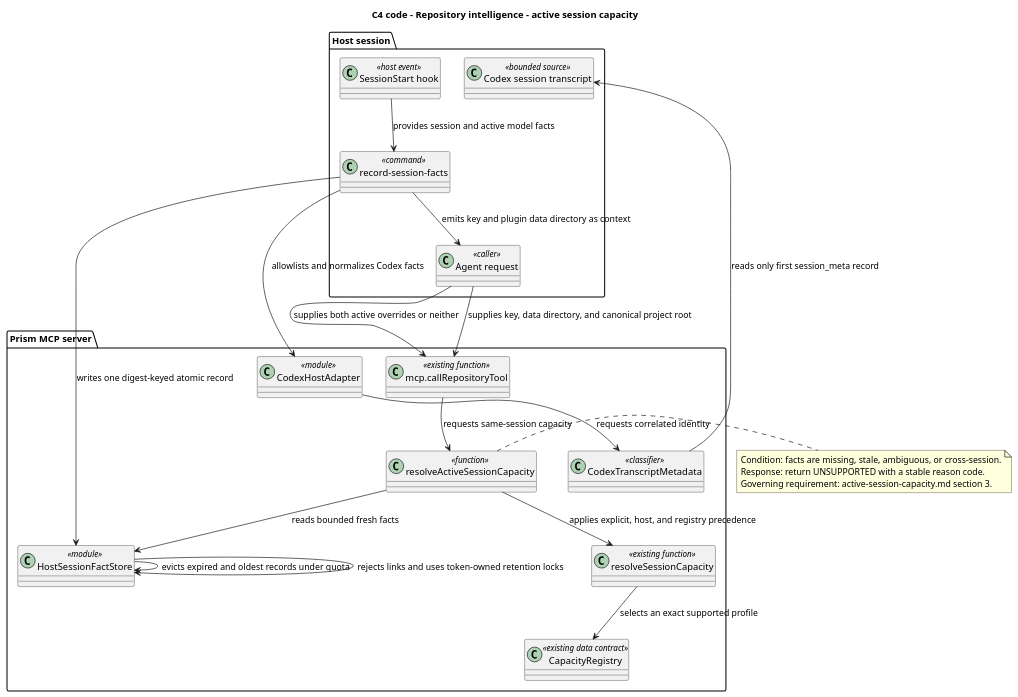
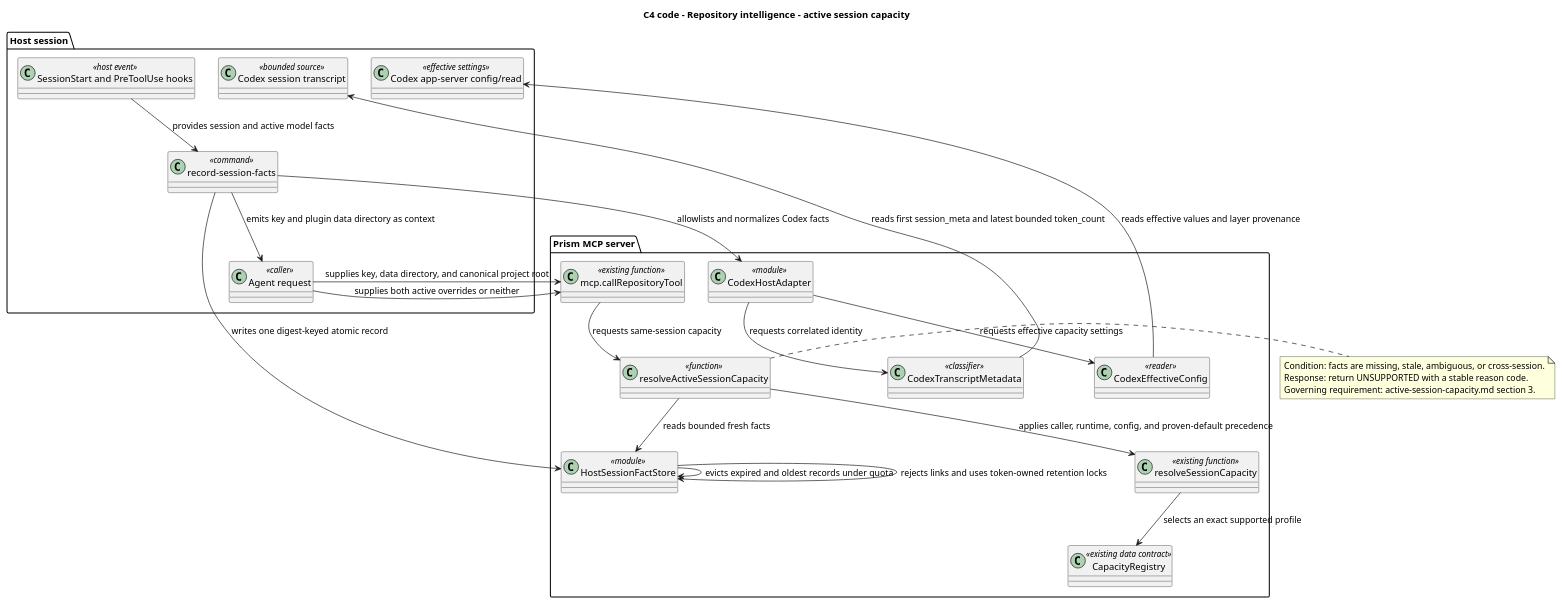
One commit to RumyantsevMichael/Prism changed the diagram in docs/plans/repository-intelligence/active-session-capacity/active-session-capacity.puml. Above: the diagram before and after it, drawn with PlantUML. The commit also changed 18 other files, not shown here.

Commit message:
fix: resolve active Codex capacity from runtime facts

```diff
--- a/docs/plans/repository-intelligence/active-session-capacity/active-session-capacity.puml
+++ b/docs/plans/repository-intelligence/active-session-capacity/active-session-capacity.puml
@@ -1,40 +1,44 @@
 @startuml
 title C4 code - Repository intelligence - active session capacity
 package "Host session" {
-  class "SessionStart hook" as Hook <<host event>>
+  class "SessionStart and PreToolUse hooks" as Hook <<host event>>
   class "record-session-facts" as Record <<command>>
   class "Codex session transcript" as Transcript <<bounded source>>
+  class "Codex app-server config/read" as Config <<effective settings>>
   class "Agent request" as Agent <<caller>>
 }
 
 package "Prism MCP server" {
   class "HostSessionFactStore" as Store <<module>>
   class "CodexHostAdapter" as Adapter <<module>>
   class "CodexTranscriptMetadata" as TranscriptMetadata <<classifier>>
+  class "CodexEffectiveConfig" as EffectiveConfig <<reader>>
   class "resolveActiveSessionCapacity" as Active <<function>>
   class "resolveSessionCapacity" as Resolve <<existing function>>
   class "CapacityRegistry" as Registry <<existing data contract>>
   class "mcp.callRepositoryTool" as Mcp <<existing function>>
 }
 
 Hook --> Record : provides session and active model facts
 Record --> Adapter : allowlists and normalizes Codex facts
 Adapter --> TranscriptMetadata : requests correlated identity
-TranscriptMetadata --> Transcript : reads only first session_meta record
+TranscriptMetadata --> Transcript : reads first session_meta and latest bounded token_count
+Adapter --> EffectiveConfig : requests effective capacity settings
+EffectiveConfig --> Config : reads effective values and layer provenance
 Record --> Store : writes one digest-keyed atomic record
 Store --> Store : evicts expired and oldest records under quota
 Store --> Store : rejects links and uses token-owned retention locks
 Record --> Agent : emits key and plugin data directory as context
 Agent --> Mcp : supplies key, data directory, and canonical project root
 Agent --> Mcp : supplies both active overrides or neither
 Mcp --> Active : requests same-session capacity
 Active --> Store : reads bounded fresh facts
-Active --> Resolve : applies explicit, host, and registry precedence
+Active --> Resolve : applies caller, runtime, config, and proven-default precedence
 Resolve --> Registry : selects an exact supported profile
 
 note right of Active
   Condition: facts are missing, stale, ambiguous, or cross-session.
   Response: return UNSUPPORTED with a stable reason code.
   Governing requirement: active-session-capacity.md section 3.
 end note
 @enduml
```
